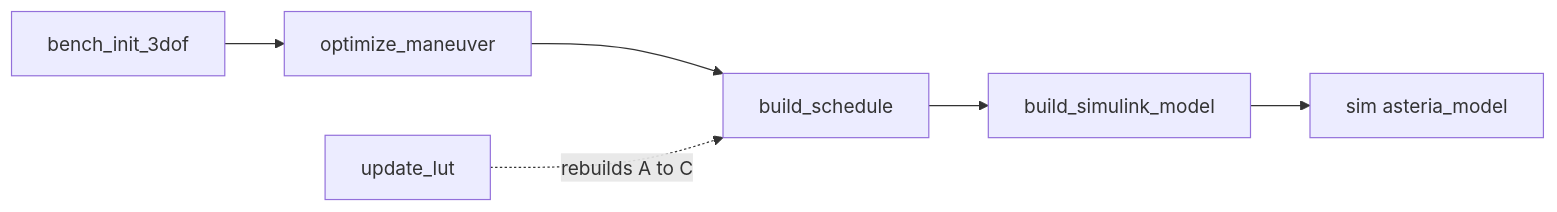
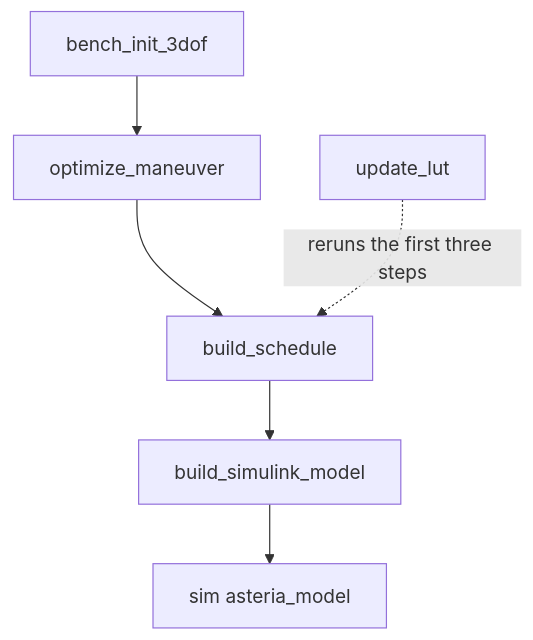
Before and after one commit to NiccoloTonetto/ASTERIA: the diagram in docs/RUNBOOK.md, drawn with Mermaid. The commit also changed other lines of this file and 7 other files, not shown here.

````diff
--- a/docs/RUNBOOK.md
+++ b/docs/RUNBOOK.md
@@ -29,5 +29,5 @@
 ```mermaid
-flowchart LR
+flowchart TB
   A[bench_init_3dof] --> B[optimize_maneuver] --> C[build_schedule] --> D[build_simulink_model] --> E[sim asteria_model]
-  F[update_lut] -. rebuilds A to C .-> C
+  F[update_lut] -. reruns the first three steps .-> C
 ```
````
